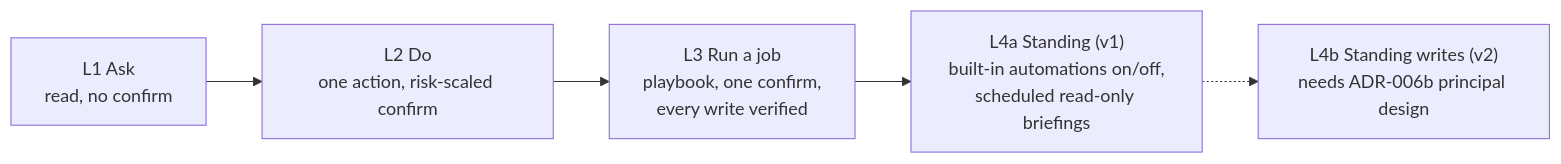
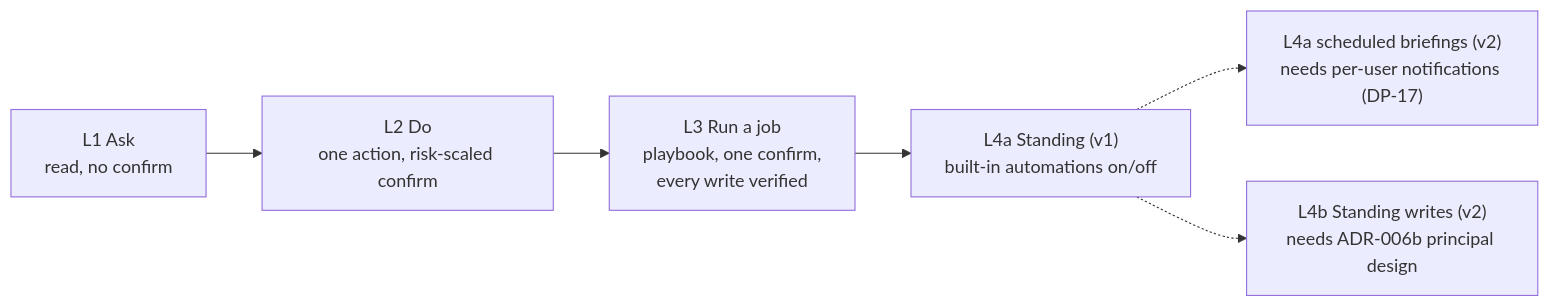
The diagram in docs/kriya-ketu/diagrams/autonomy-levels.mmd (zuko14/medassist-AI), drawn with Mermaid before and after one commit. The commit also changed 135 other files, not shown here.

```diff
--- a/docs/kriya-ketu/diagrams/autonomy-levels.mmd
+++ b/docs/kriya-ketu/diagrams/autonomy-levels.mmd
@@ -1,6 +1,7 @@
 %% PROPOSED autonomy levels (ADR-006)
 flowchart LR
   L1["L1 Ask<br/>read, no confirm"] --> L2["L2 Do<br/>one action, risk-scaled confirm"]
   L2 --> L3["L3 Run a job<br/>playbook, one confirm,<br/>every write verified"]
-  L3 --> L4a["L4a Standing (v1)<br/>built-in automations on/off,<br/>scheduled read-only briefings"]
+  L3 --> L4a["L4a Standing (v1)<br/>built-in automations on/off"]
+  L4a -.-> L4ab["L4a scheduled briefings (v2)<br/>needs per-user notifications (DP-17)"]
   L4a -.-> L4b["L4b Standing writes (v2)<br/>needs ADR-006b principal design"]
```
